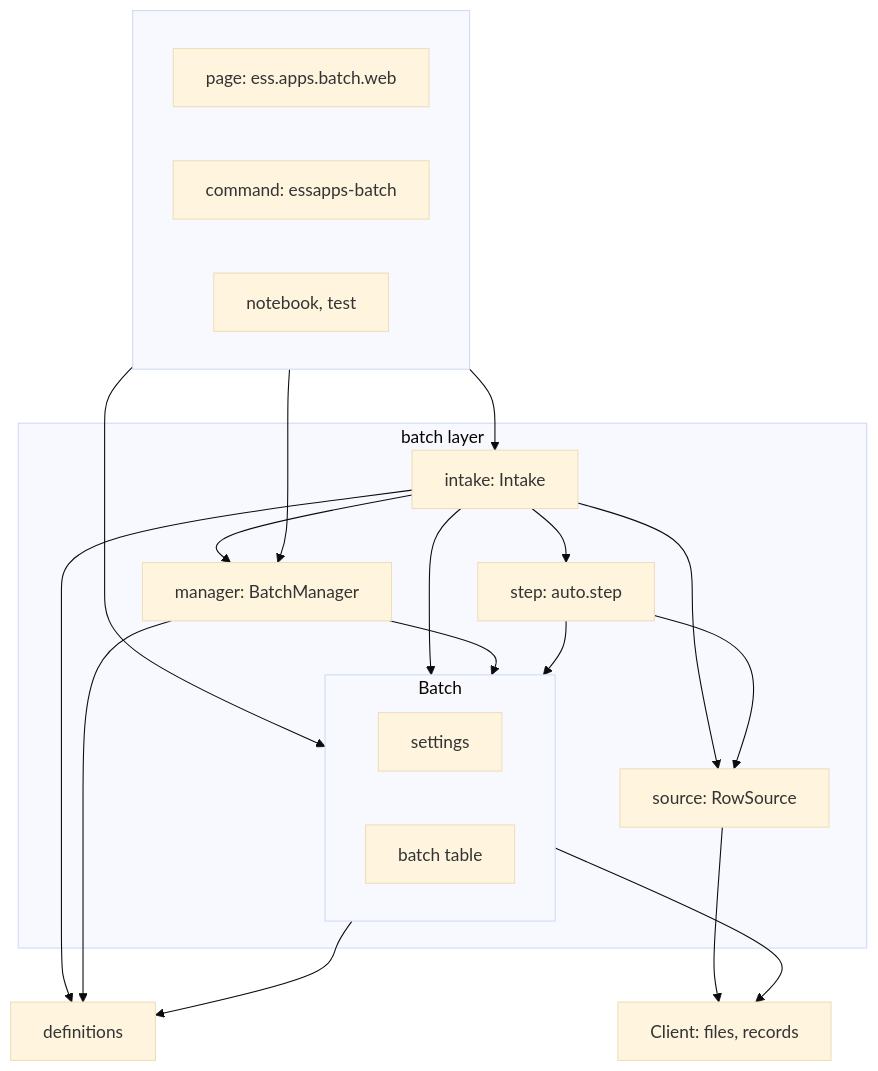
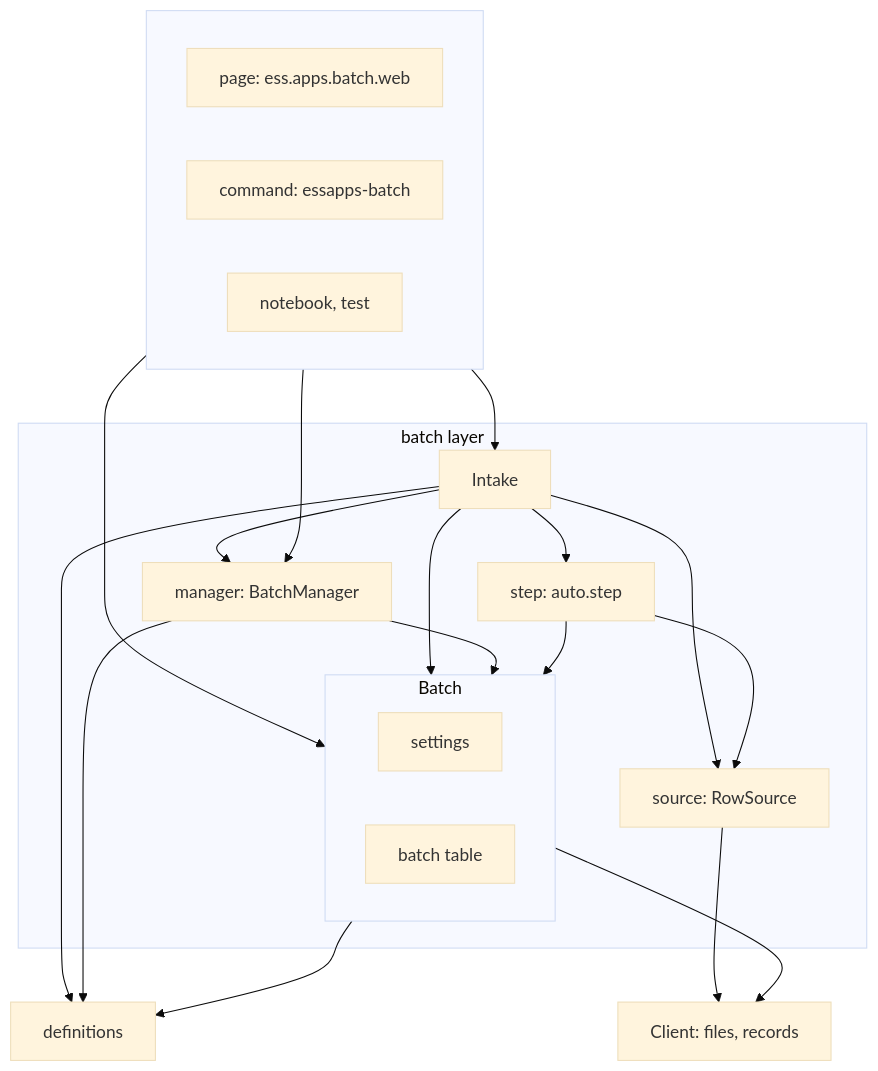
Before and after one commit to scipp/essapps: the first of 5 diagrams in packages/essapps/docs/batch.md, drawn with Mermaid (base theme). The commit also changed other lines of this file and 17 other files, not shown here.

````diff
--- a/packages/essapps/docs/batch.md
+++ b/packages/essapps/docs/batch.md
@@ -14,35 +14,35 @@
 ```mermaid
 flowchart TD
     subgraph callers [" "]
         page["page: ess.apps.batch.web"]
         command["command: essapps-batch"]
         notebook["notebook, test"]
     end
     subgraph layer ["batch layer"]
-        intake["intake: Intake"]
+        intake["Intake"]
         manager["manager: BatchManager"]
         subgraph batch ["Batch"]
             settings
             table["batch table"]
         end
         step["step: auto.step"]
         source["source: RowSource"]
     end
     definitions["definitions"]
     client["Client: files, records"]
     callers --> batch
     callers --> manager
     callers --> intake
     intake --> manager
     intake --> step
     intake --> source
     intake --> batch
     intake --> definitions
     manager --> batch
     manager --> definitions
     step --> batch
     step --> source
     batch --> definitions
     batch --> client
     source --> client
 ```
````
